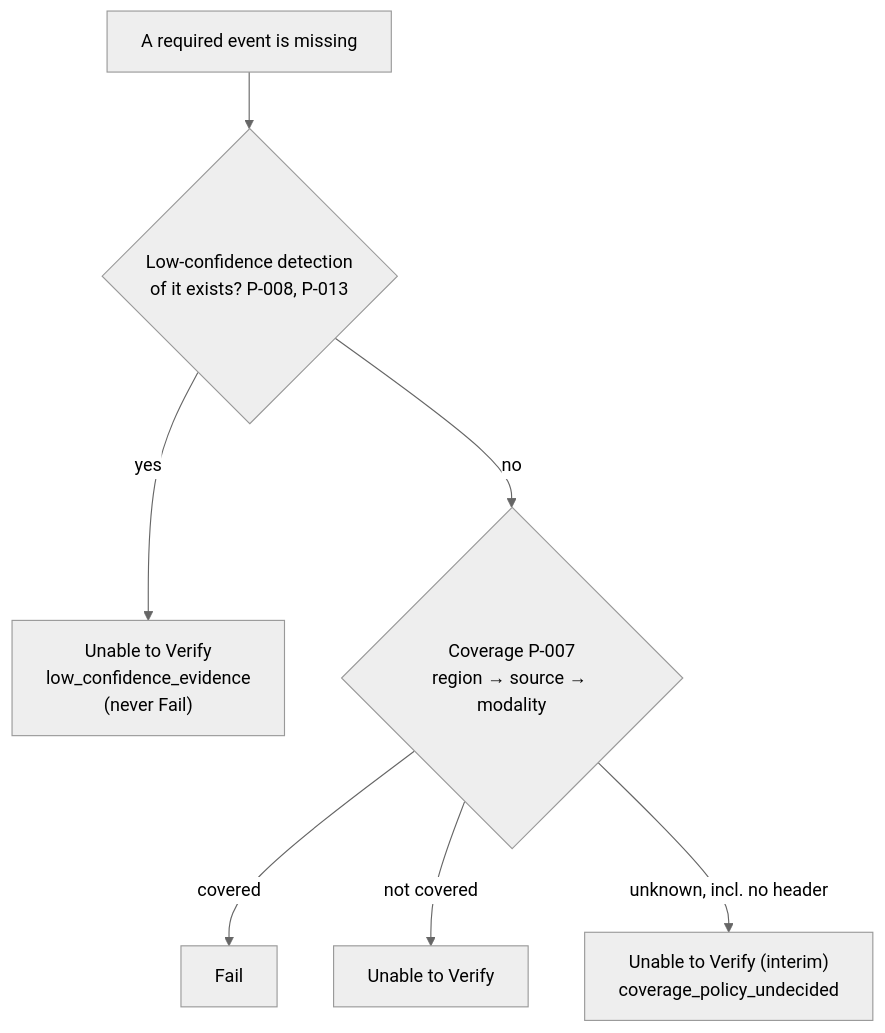
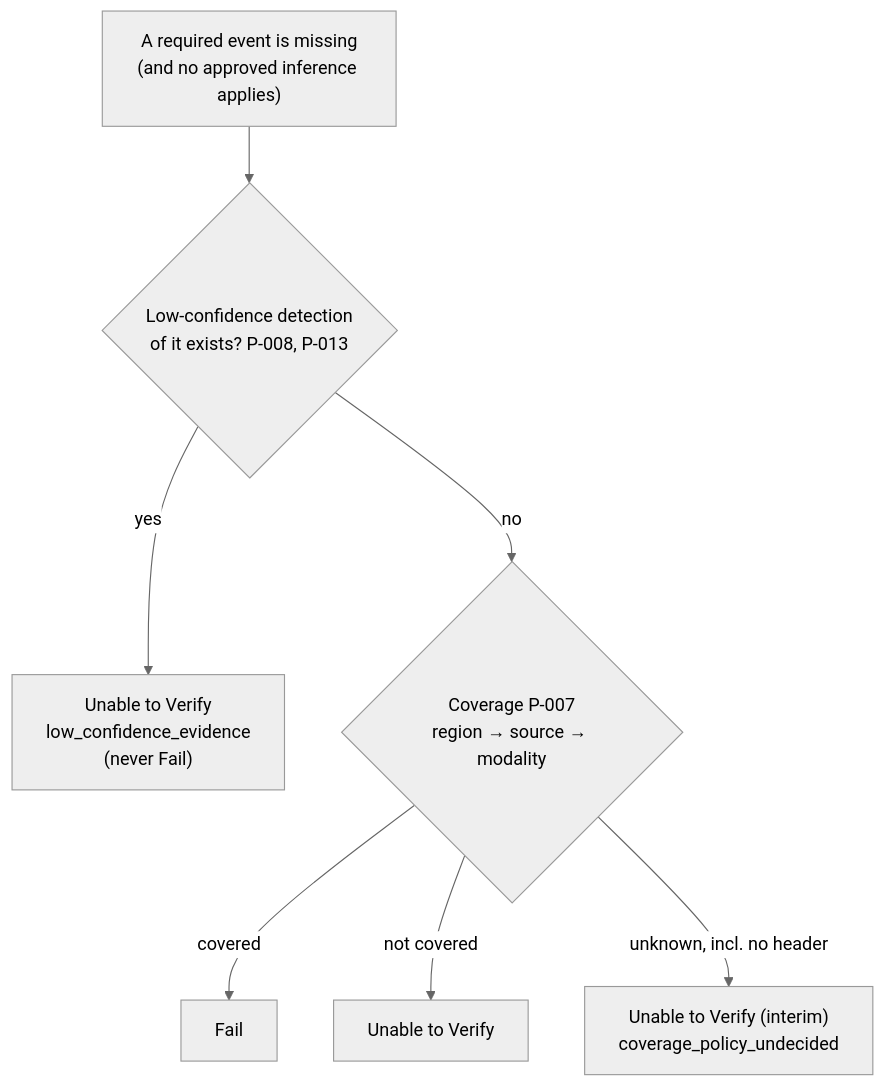
One commit to ananthu65/defibrillator_research changed the fourth of 8 diagrams in docs/rule_engine/diagrams.md. Above: the diagram before and after it, drawn with Mermaid (neutral theme). The commit also changed other lines of this file and 10 other files, not shown here.

First line of the commit message:
fix(rules): correct documented decision logic after diagram review

````diff
--- a/docs/rule_engine/diagrams.md
+++ b/docs/rule_engine/diagrams.md
@@ -82,9 +81,9 @@
 ```mermaid
 flowchart TD
-    Q["A required event is missing"] --> L{"Low-confidence detection<br/>of it exists? P-008, P-013"}
+    Q["A required event is missing<br/>(and no approved inference applies)"] --> L{"Low-confidence detection<br/>of it exists? P-008, P-013"}
     L -->|yes| U1["Unable to Verify<br/>low_confidence_evidence<br/>(never Fail)"]
     L -->|no| C{"Coverage P-007<br/>region → source → modality"}
     C -->|covered| F["Fail"]
     C -->|not covered| U2["Unable to Verify"]
     C -->|unknown, incl. no header| U3["Unable to Verify (interim)<br/>coverage_policy_undecided"]
 ```
````
